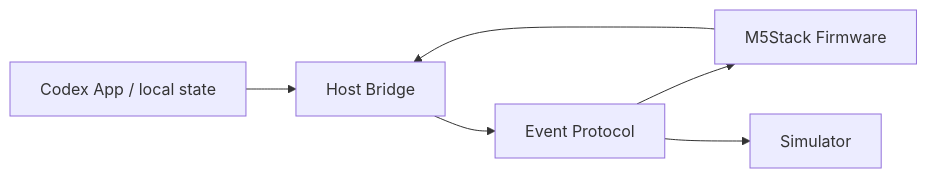
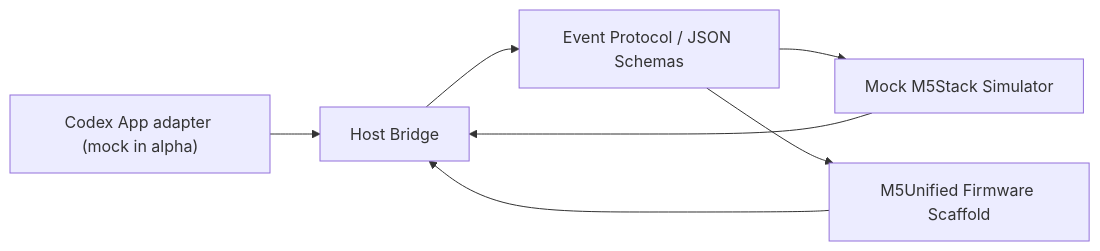
One commit to Sunmax0731/m5stack-codex-pet-notifier changed the diagram in docs/architecture.md. Above: the diagram before and after it, drawn with Mermaid. The commit also changed other lines of this file and 61 other files, not shown here.

````diff
--- a/docs/architecture.md
+++ b/docs/architecture.md
@@ -3,8 +3,9 @@
 ```mermaid
 flowchart LR
-  Codex["Codex App / local state"] --> Bridge["Host Bridge"]
-  Bridge --> Protocol["Event Protocol"]
-  Protocol --> Device["M5Stack Firmware"]
-  Protocol --> Sim["Simulator"]
-  Device --> Bridge
+  Codex["Codex App adapter (mock in alpha)"] --> Bridge["Host Bridge"]
+  Bridge --> Protocol["Event Protocol / JSON Schemas"]
+  Protocol --> Simulator["Mock M5Stack Simulator"]
+  Protocol --> Firmware["M5Unified Firmware Scaffold"]
+  Simulator --> Bridge
+  Firmware --> Bridge
 ```
````
